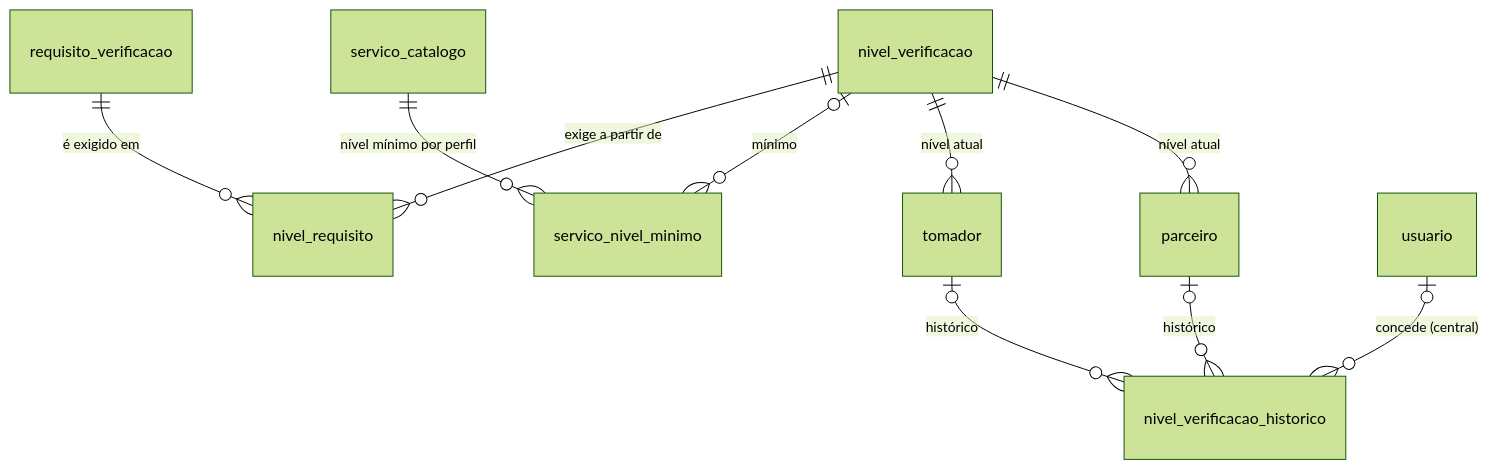
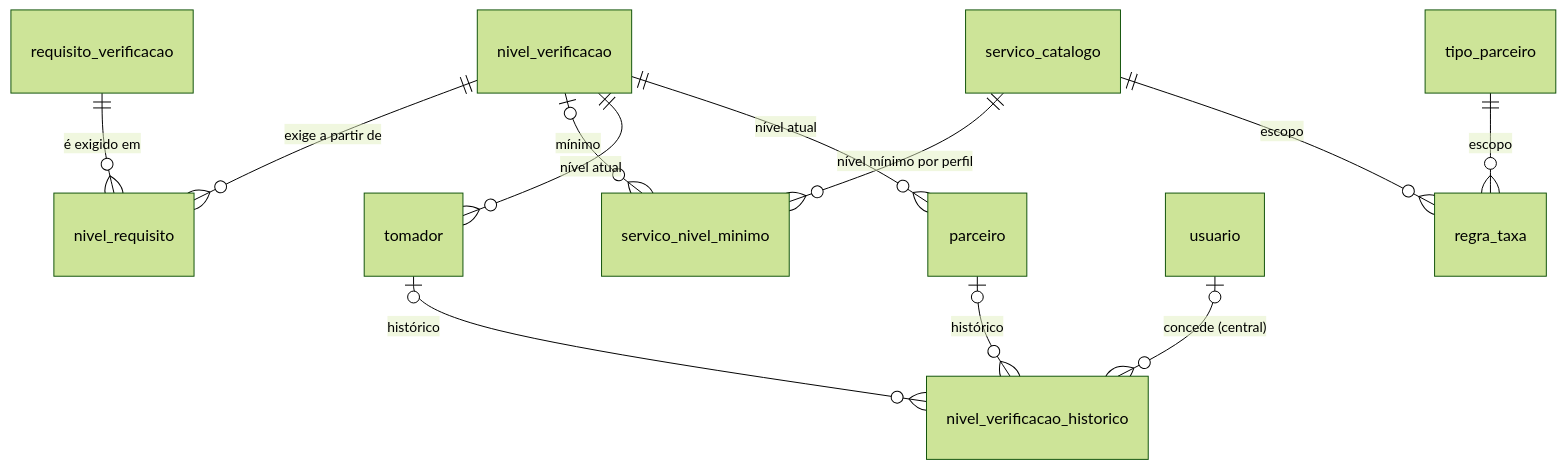
One commit to edsonsantana/safety-car changed the second of 2 diagrams in docs/BANCO_DE_DADOS.md. Above: the diagram before and after it, drawn with Mermaid (forest theme). The commit also changed other lines of this file and 2 other files, not shown here.

First line of the commit message:
0010: regras de taxa por tipo, serviço e UF com vigência imutável

````diff
--- a/docs/BANCO_DE_DADOS.md
+++ b/docs/BANCO_DE_DADOS.md
@@ -121,12 +124,14 @@
 ```mermaid
 erDiagram
   nivel_verificacao ||--o{ nivel_requisito : "exige a partir de"
   requisito_verificacao ||--o{ nivel_requisito : "é exigido em"
   servico_catalogo ||--o{ servico_nivel_minimo : "nível mínimo por perfil"
   nivel_verificacao |o--o{ servico_nivel_minimo : "mínimo"
   nivel_verificacao ||--o{ tomador : "nível atual"
   nivel_verificacao ||--o{ parceiro : "nível atual"
   tomador |o--o{ nivel_verificacao_historico : "histórico"
   parceiro |o--o{ nivel_verificacao_historico : "histórico"
   usuario |o--o{ nivel_verificacao_historico : "concede (central)"
+  tipo_parceiro ||--o{ regra_taxa : "escopo"
+  servico_catalogo ||--o{ regra_taxa : "escopo"
 ```
````
